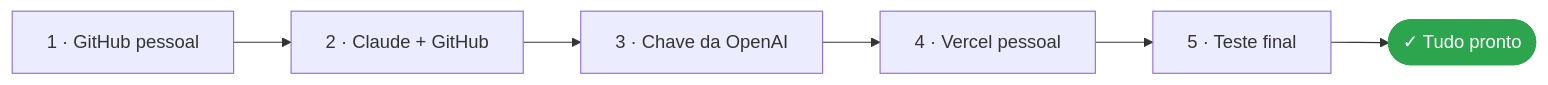
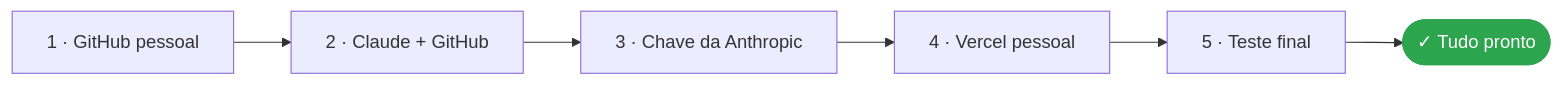
The first of 2 diagrams in PREREQUISITES.md (Blueydata/ai-dev-foundation), drawn with Mermaid before and after one commit. The commit also changed other lines of this file and 17 other files, not shown here.

First line of the commit message:
feat: use the Anthropic API (Claude models) for the app's AI instead of OpenAI

````diff
--- a/PREREQUISITES.md
+++ b/PREREQUISITES.md
@@ -10,5 +10,5 @@
 ```mermaid
 flowchart LR
-    A["1 · GitHub pessoal"] --> B["2 · Claude + GitHub"] --> C["3 · Chave da OpenAI"] --> D["4 · Vercel pessoal"] --> E["5 · Teste final"] --> H(["✓ Tudo pronto"])
+    A["1 · GitHub pessoal"] --> B["2 · Claude + GitHub"] --> C["3 · Chave da Anthropic"] --> D["4 · Vercel pessoal"] --> E["5 · Teste final"] --> H(["✓ Tudo pronto"])
     style H fill:#2da44e,color:#fff,stroke:#2da44e
 ```
````
